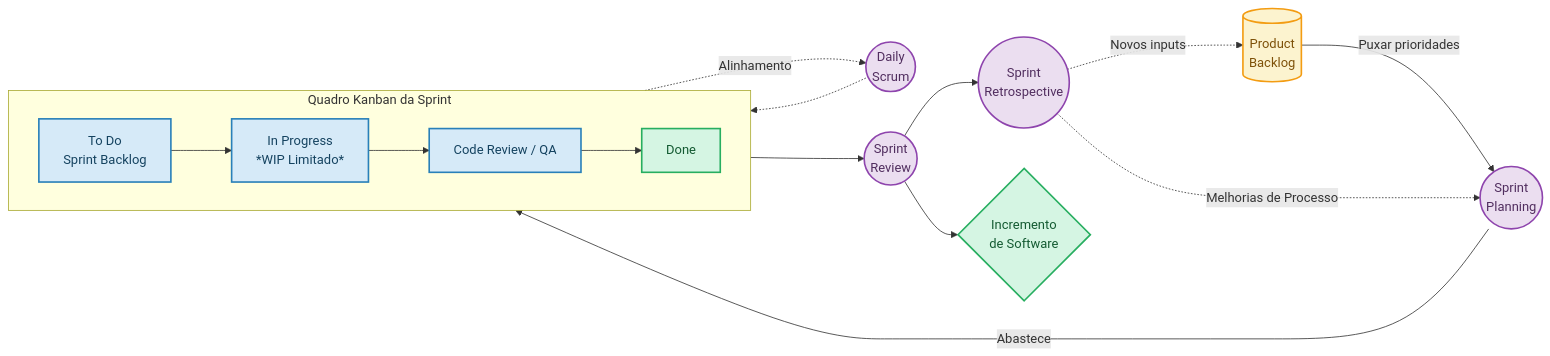
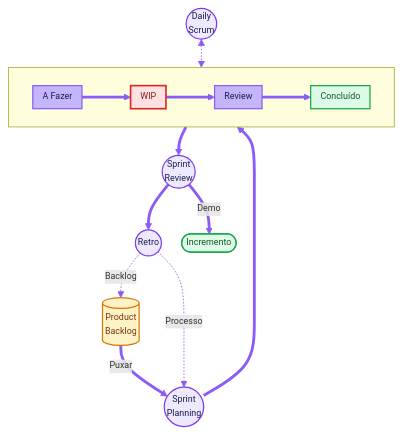
Before and after one commit to vdufloth/vdufloth.com: the second of 2 diagrams in content/blog/management/tech-teams-management.pt.md, drawn with Mermaid. The commit also changed other lines of this file and 2 other files, not shown here.

Commit message:
Extend Plex serif design system to articles and pages
- Add site-wide typography in head-end partial scoped to Hextra's
  .content wrapper and main > h1 (home keeps its own .home-mono block)
- Plex Serif body and headings, Plex Mono code/time, fading hairline
  divider above each h2 matching home posts-section
- Replace waterfall and sprint diagrams in tech-teams-management with
  the unified purple palette; compact sprint flow to fit narrower
  column (smaller font, tighter spacing, shorter labels)

````diff
--- a/content/blog/management/tech-teams-management.pt.md
+++ b/content/blog/management/tech-teams-management.pt.md
@@ -183,37 +170,37 @@
 ```mermaid
-flowchart LR
-    %% Definição de estilos
-    classDef backlog fill:#fcf3cf,stroke:#f39c12,stroke-width:2px,color:#7e5109
-    classDef meeting fill:#ebdef0,stroke:#8e44ad,stroke-width:2px,color:#512e5f
-    classDef kanban fill:#d6eaf8,stroke:#2980b9,stroke-width:2px,color:#154360
-    classDef done fill:#d5f5e3,stroke:#27ae60,stroke-width:2px,color:#145a32
+%%{init: {'flowchart':{'nodeSpacing':25,'rankSpacing':35,'padding':6},'themeVariables':{'fontSize':'11px'}}}%%
+flowchart TB
+    classDef store fill:#fef3c7,stroke:#d97706,stroke-width:1.5px,color:#78350f
+    classDef ceremony fill:#ede9fe,stroke:#7c3aed,stroke-width:1.5px,color:#1e1b4b
+    classDef workitem fill:#c4b5fd,stroke:#8b5cf6,stroke-width:1.5px,color:#1e1b4b
+    classDef wiplimit fill:#fee2e2,stroke:#dc2626,stroke-width:2px,color:#7f1d1d
+    classDef outcome fill:#dcfce7,stroke:#16a34a,stroke-width:1.5px,color:#14532d
 
-    %% Backlog e Planejamento
-    PB[(Product\nBacklog)]:::backlog
-    Plan((Sprint\nPlanning)):::meeting
-    
-    PB -->|Puxar prioridades| Plan
+    PB[("Product<br/>Backlog")]:::store
+    Plan(("Sprint<br/>Planning")):::ceremony
+    Daily(("Daily<br/>Scrum")):::ceremony
+    Rev(("Sprint<br/>Review")):::ceremony
+    Ret(("Retro")):::ceremony
+    Inc(["Incremento"]):::outcome
 
-    %% Execução: Quadro Kanban
-    subgraph Quadro_Kanban [Quadro Kanban da Sprint]
+    PB ==>|Puxar| Plan
+
+    subgraph Board [" "]
         direction LR
-        TD[To Do\nSprint Backlog]:::kanban --> IP[In Progress\n*WIP Limitado*]:::kanban
-        IP --> CR[Code Review / QA]:::kanban
-        CR --> D[Done]:::done
+        TD["A Fazer"]:::workitem
+        IP["WIP"]:::wiplimit
+        CR["Review"]:::workitem
+        D["Concluído"]:::outcome
+        TD ==> IP ==> CR ==> D
     end
 
-    Plan -->|Abastece| TD
+    Plan ==> TD
+    Daily <-.-> IP
+    D ==> Rev
+    Rev ==>|Demo| Inc
+    Rev ==> Ret
+    Ret -.->|Processo| Plan
+    Ret -.->|Backlog| PB
 
-    %% Cerimônias e Integração
-    Daily((Daily\nScrum)):::meeting
-    IP -.->|Alinhamento| Daily
-    Daily -.-> IP
-
-    D --> Rev((Sprint\nReview)):::meeting
-    Rev --> Ret((Sprint\nRetrospective)):::meeting
-    Rev --> Entrega{Incremento\nde Software}:::done
-
-    %% Loop de Melhoria Contínua
-    Ret -.->|Melhorias de Processo| Plan
-    Ret -.->|Novos inputs| PB
+    linkStyle default stroke:#8b5cf6
 ```
````
